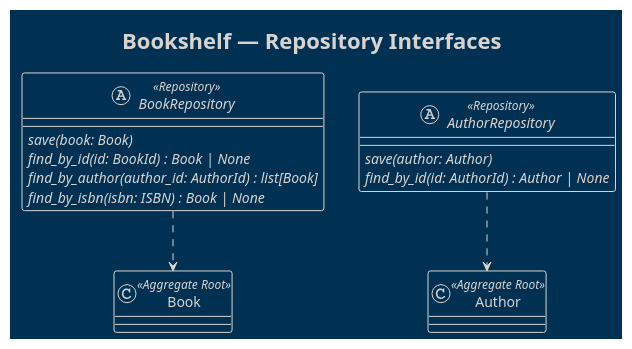
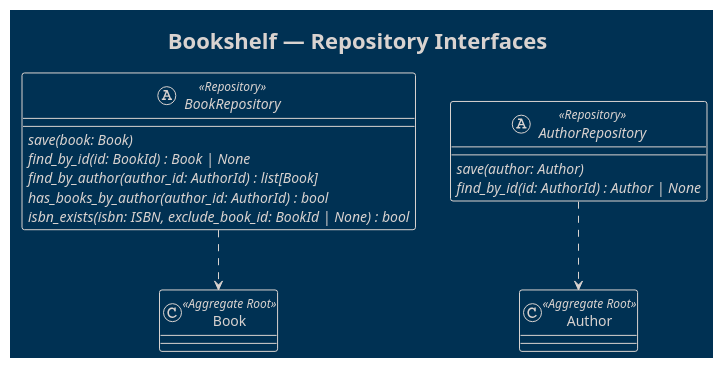
Before and after one commit to AymanKastali/bookshelf: the diagram in docs/repositories.puml, drawn with PlantUML. The commit also changed 27 other files, not shown here.

```diff
--- a/docs/repositories.puml
+++ b/docs/repositories.puml
@@ -1,27 +1,28 @@
 @startuml repositories
 !theme blueprint
 
 title Bookshelf — Repository Interfaces
 
 class Book <<Aggregate Root>> {
 }
 
 class Author <<Aggregate Root>> {
 }
 
 abstract class BookRepository <<Repository>> {
     {abstract} save(book: Book)
     {abstract} find_by_id(id: BookId) : Book | None
     {abstract} find_by_author(author_id: AuthorId) : list[Book]
-    {abstract} find_by_isbn(isbn: ISBN) : Book | None
+    {abstract} has_books_by_author(author_id: AuthorId) : bool
+    {abstract} isbn_exists(isbn: ISBN, exclude_book_id: BookId | None) : bool
 }
 
 abstract class AuthorRepository <<Repository>> {
     {abstract} save(author: Author)
     {abstract} find_by_id(id: AuthorId) : Author | None
 }
 
 BookRepository ..> Book
 AuthorRepository ..> Author
 
 @enduml
```
